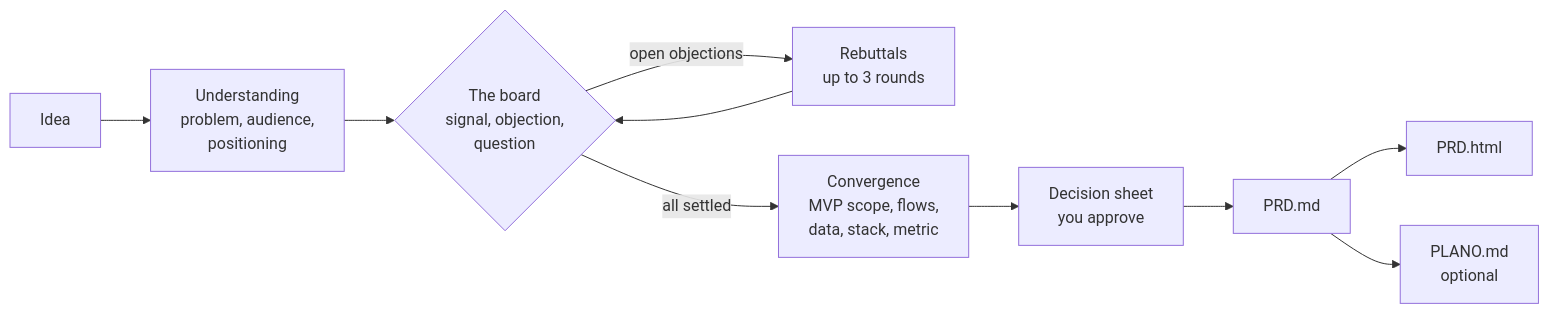
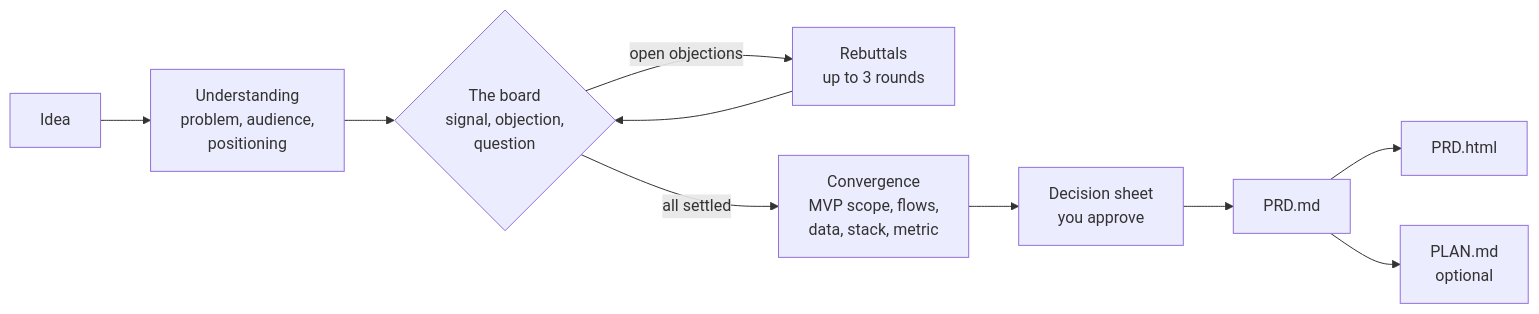
Before and after one commit to JefersonMarcioEspindola/skill-prd-consultive: the diagram in README.md, drawn with Mermaid. The commit also changed other lines of this file and 53 other files, not shown here.

````diff
--- a/README.md
+++ b/README.md
@@ -60,12 +60,12 @@
 ```mermaid
 flowchart LR
   A[Idea] --> B[Understanding<br/>problem, audience,<br/>positioning]
   B --> C{The board<br/>signal, objection,<br/>question}
   C -->|open objections| D[Rebuttals<br/>up to 3 rounds]
   D --> C
   C -->|all settled| E[Convergence<br/>MVP scope, flows,<br/>data, stack, metric]
   E --> F[Decision sheet<br/>you approve]
   F --> G[PRD.md]
   G --> H[PRD.html]
-  G --> I[PLANO.md<br/>optional]
+  G --> I[PLAN.md<br/>optional]
 ```
````
